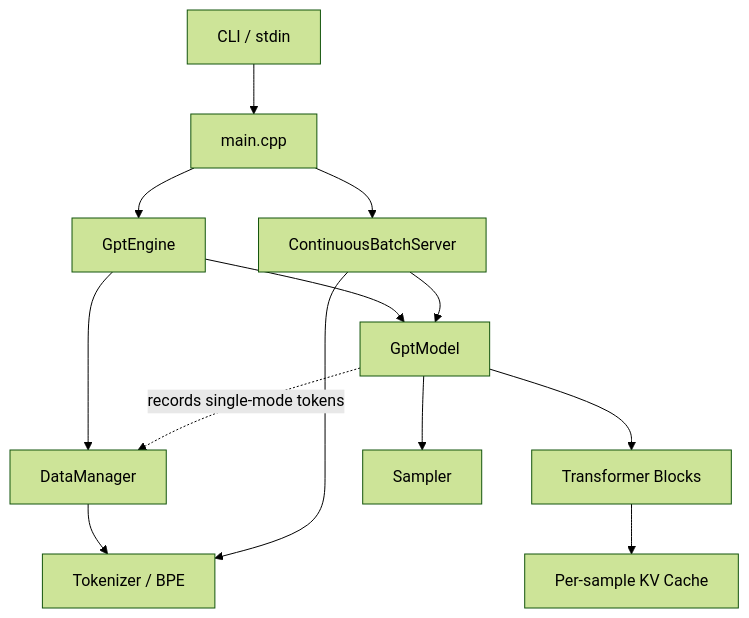
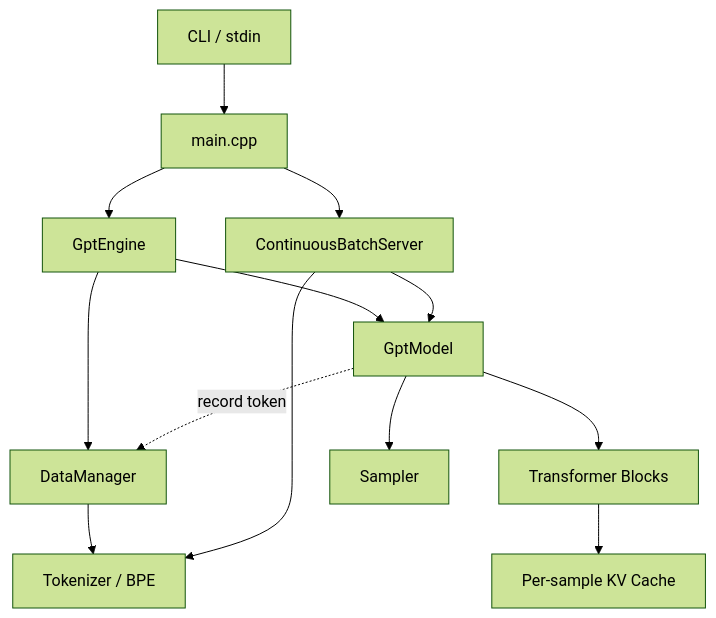
One commit to eagle-dai/easy_llm.cpp changed the first of 12 diagrams in my/docs/easy_llm_guide.zh-CN.md. Above: the diagram before and after it, drawn with Mermaid (forest theme). The commit also changed other lines of this file, not shown here.

````diff
--- a/my/docs/easy_llm_guide.zh-CN.md
+++ b/my/docs/easy_llm_guide.zh-CN.md
@@ -69,26 +83,26 @@
 ```mermaid
 flowchart TB
     U[CLI / stdin]
     M[main.cpp]
     E[GptEngine]
     S[ContinuousBatchServer]
     D[DataManager]
     T[Tokenizer / BPE]
     G[GptModel]
     B[Transformer Blocks]
     K[Per-sample KV Cache]
     P[Sampler]
 
     U --> M
     M --> E
     M --> S
     E --> D
     D --> T
     E --> G
-    G -. records single-mode tokens .-> D
+    G -. record token .-> D
     S --> T
     S --> G
     G --> B
     B --> K
     G --> P
 ```
````
